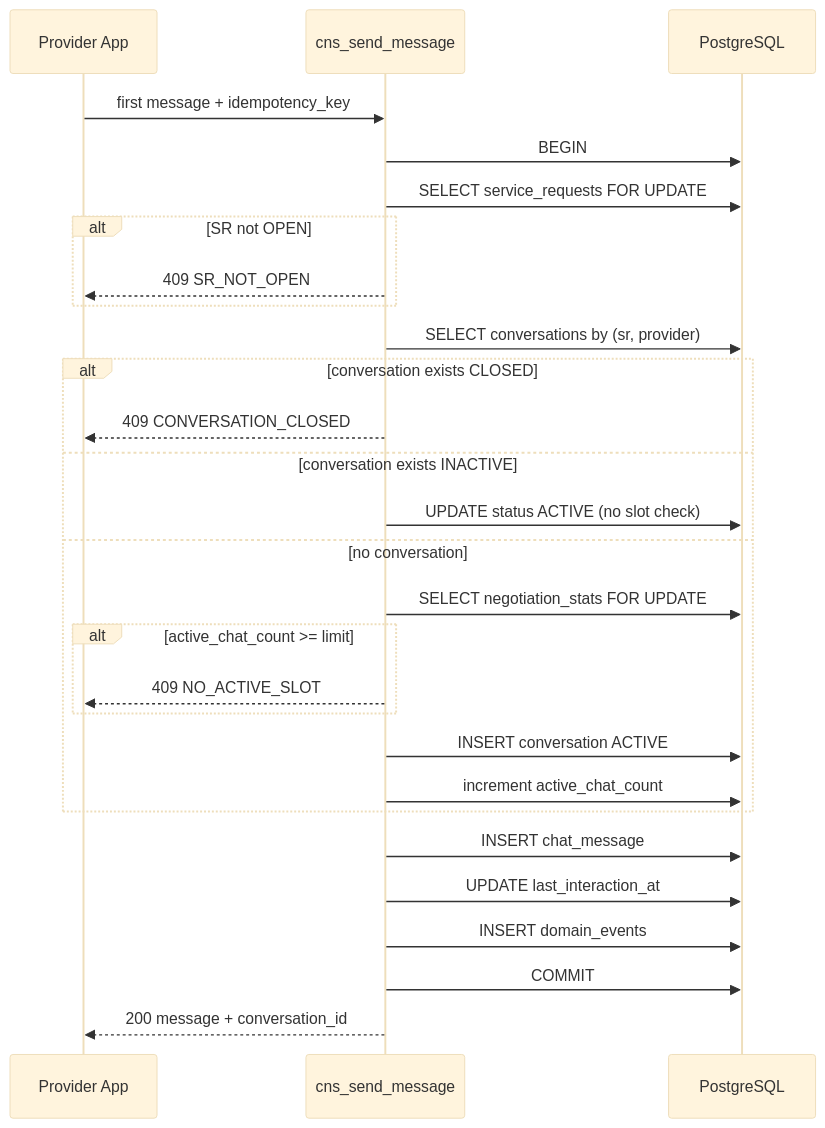
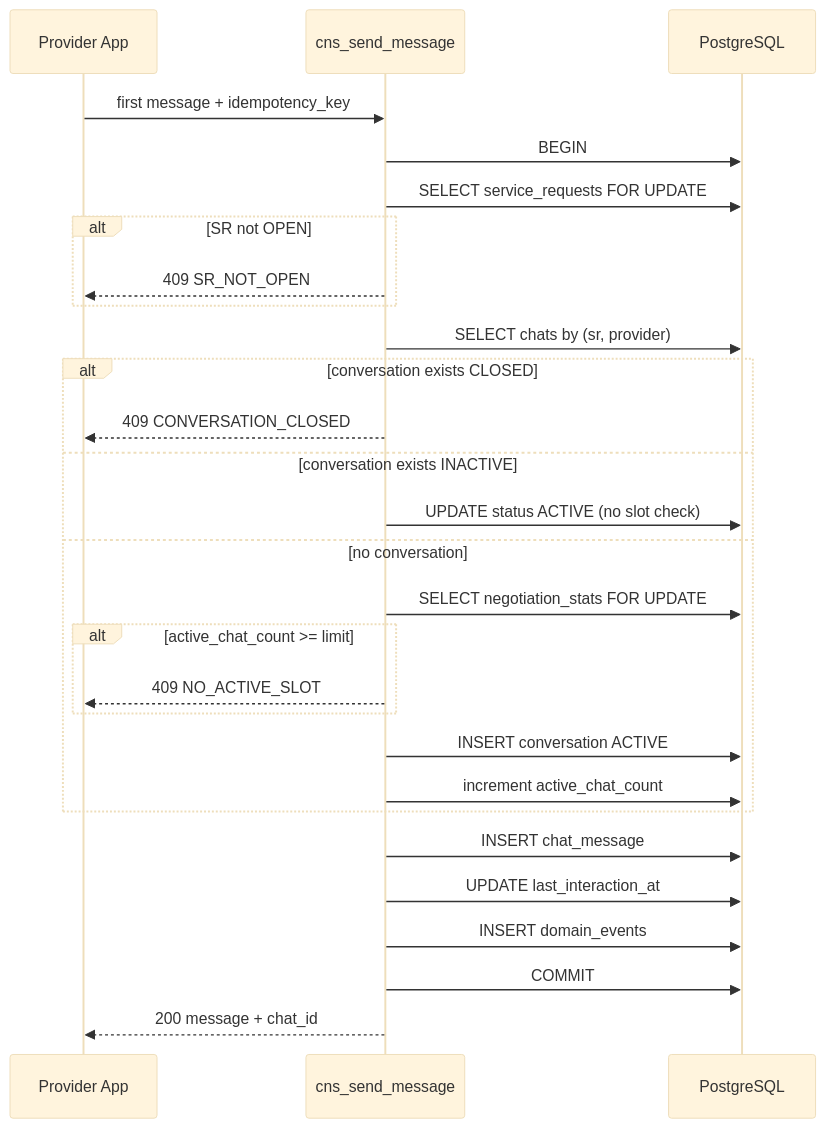
The fourth of 7 diagrams in docs/chats/design.md (higorpo/renovi-orbit-test), drawn with Mermaid (base theme) before and after one commit. The commit also changed other lines of this file and 18 other files, not shown here.

````diff
--- a/docs/chats/design.md
+++ b/docs/chats/design.md
@@ -674,31 +695,31 @@
 ```mermaid
 sequenceDiagram
   participant P as Provider App
   participant RPC as cns_send_message
   participant DB as PostgreSQL
 
   P->>RPC: first message + idempotency_key
   RPC->>DB: BEGIN
   RPC->>DB: SELECT service_requests FOR UPDATE
   alt SR not OPEN
     RPC-->>P: 409 SR_NOT_OPEN
   end
-  RPC->>DB: SELECT conversations by (sr, provider)
+  RPC->>DB: SELECT chats by (sr, provider)
   alt conversation exists CLOSED
     RPC-->>P: 409 CONVERSATION_CLOSED
   else conversation exists INACTIVE
     RPC->>DB: UPDATE status ACTIVE (no slot check)
   else no conversation
     RPC->>DB: SELECT negotiation_stats FOR UPDATE
     alt active_chat_count >= limit
       RPC-->>P: 409 NO_ACTIVE_SLOT
     end
     RPC->>DB: INSERT conversation ACTIVE
     RPC->>DB: increment active_chat_count
   end
   RPC->>DB: INSERT chat_message
   RPC->>DB: UPDATE last_interaction_at
   RPC->>DB: INSERT domain_events
   RPC->>DB: COMMIT
-  RPC-->>P: 200 message + conversation_id
+  RPC-->>P: 200 message + chat_id
 ```
````
